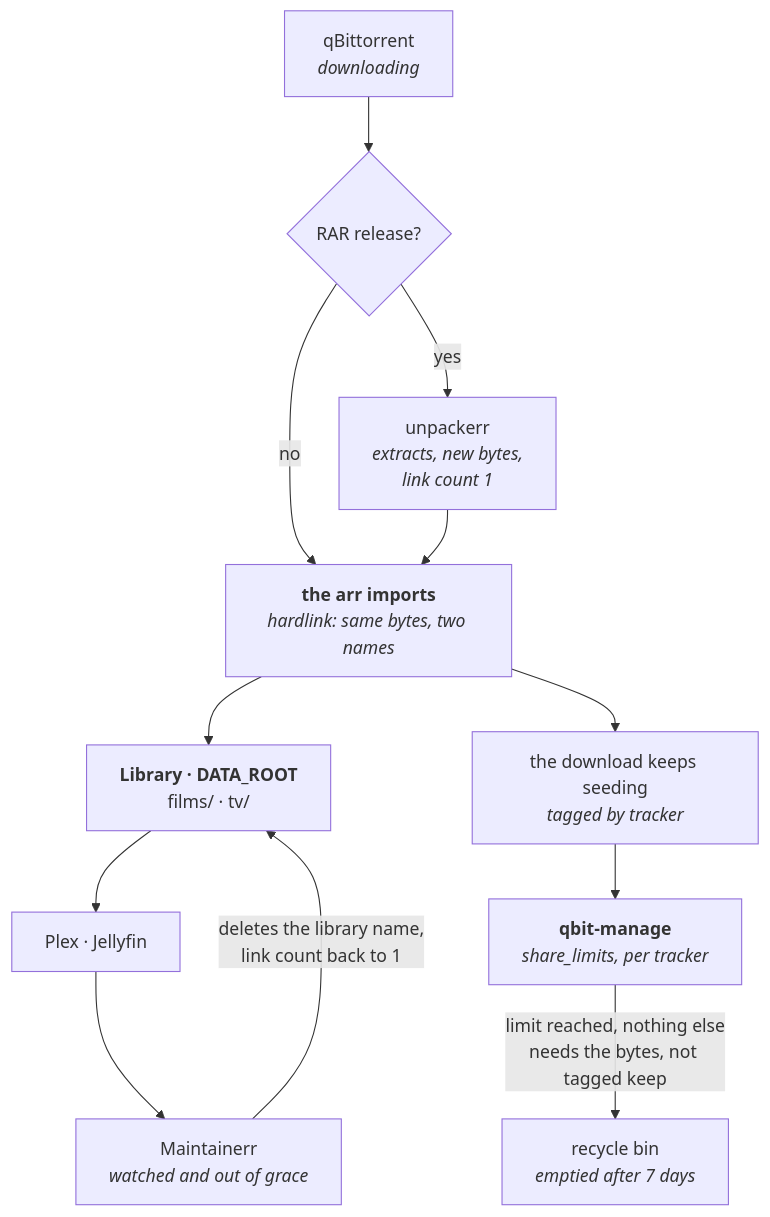
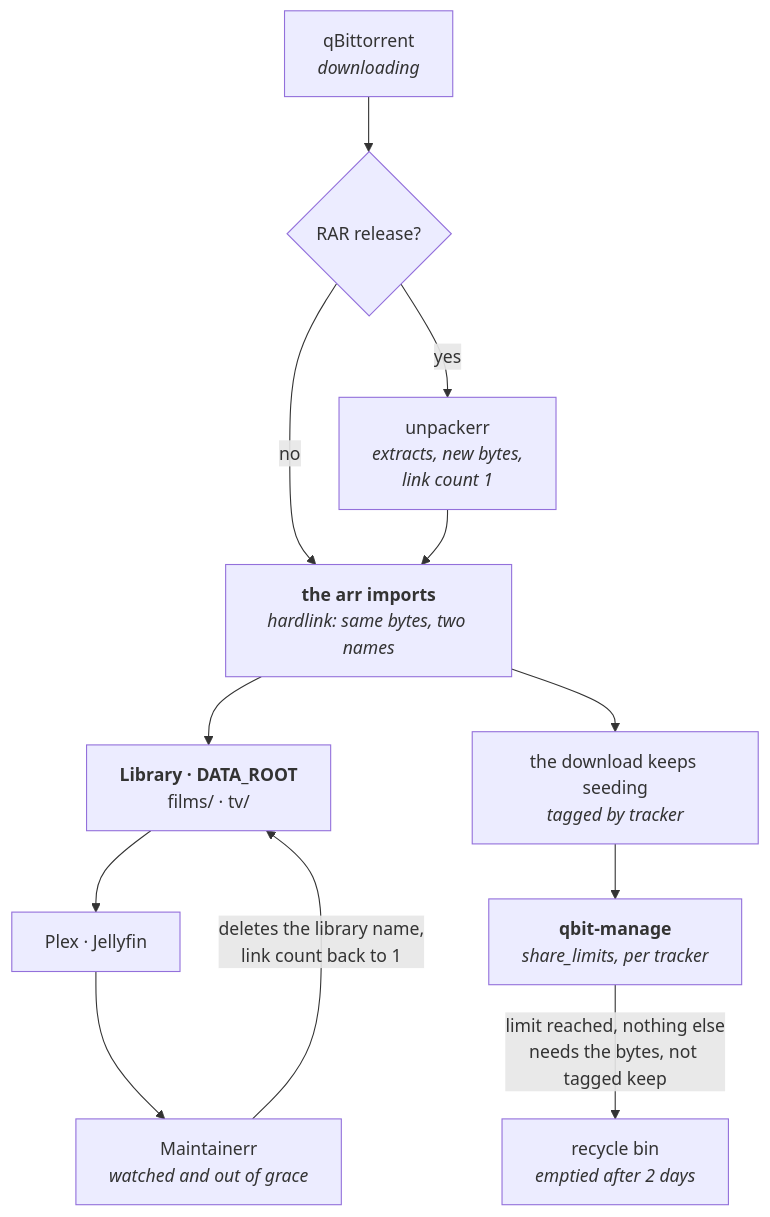
Before and after one commit to PlatanosVerdes/rpi-homeserver: the second of 2 diagrams in docs/lifecycle.md, drawn with Mermaid. The commit also changed other lines of this file and 2 other files, not shown here.

First line of the commit message:
A cross-seed downloads nothing, so a ratio limit would delete it on its first (#29)

````diff
--- a/docs/lifecycle.md
+++ b/docs/lifecycle.md
@@ -46,14 +46,14 @@
 ```mermaid
 flowchart TB
   QB["qBittorrent<br/><i>downloading</i>"] --> DONE{"RAR release?"}
   DONE -->|yes| UP["unpackerr<br/><i>extracts, new bytes,<br/>link count 1</i>"]
   DONE -->|no| IMP
   UP --> IMP["<b>the arr imports</b><br/><i>hardlink: same bytes, two names</i>"]
   IMP --> LIB["<b>Library · DATA_ROOT</b><br/>films/ · tv/"]
   IMP --> SEED["the download keeps seeding<br/><i>tagged by tracker</i>"]
   LIB --> PX["Plex · Jellyfin"]
   PX --> MT["Maintainerr<br/><i>watched and out of grace</i>"]
   MT -->|"deletes the library name,<br/>link count back to 1"| LIB
   SEED --> QM["<b>qbit-manage</b><br/><i>share_limits, per tracker</i>"]
-  QM -->|"limit reached, nothing else<br/>needs the bytes, not tagged keep"| RB["recycle bin<br/><i>emptied after 7 days</i>"]
+  QM -->|"limit reached, nothing else<br/>needs the bytes, not tagged keep"| RB["recycle bin<br/><i>emptied after 2 days</i>"]
 ```
````
